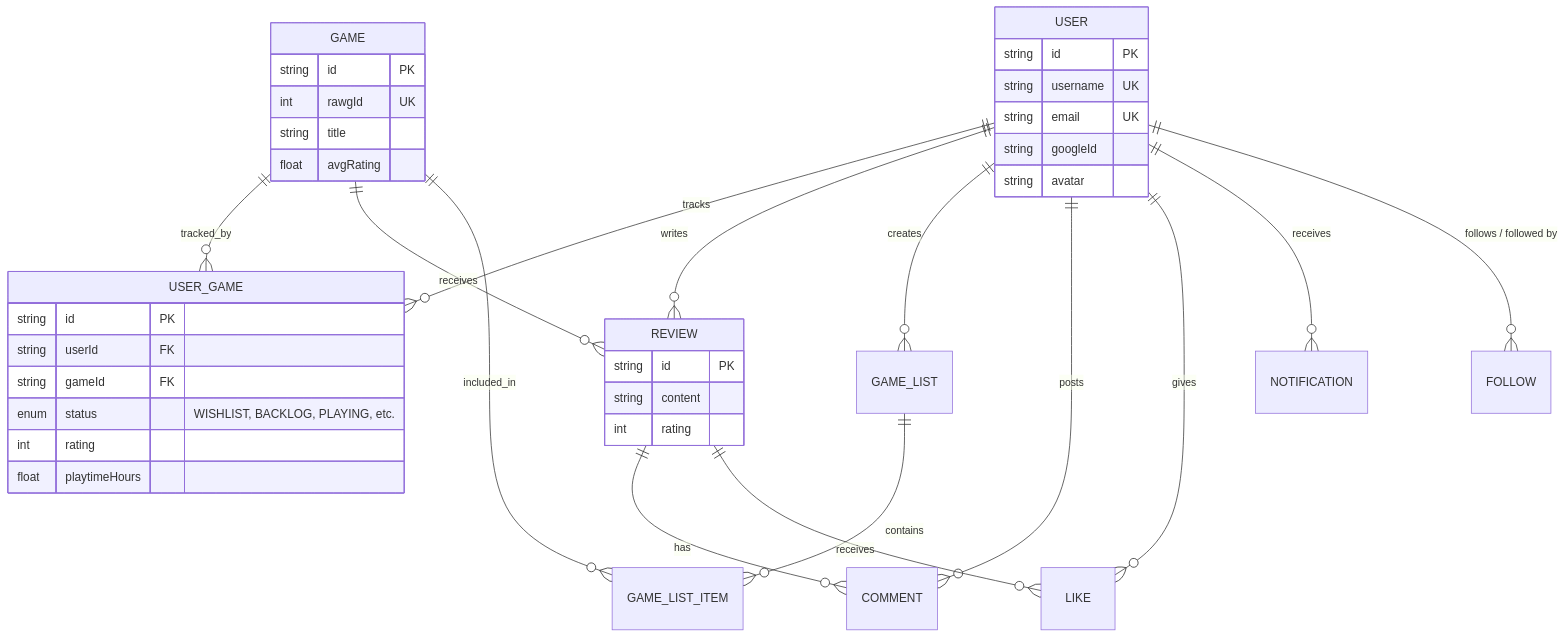
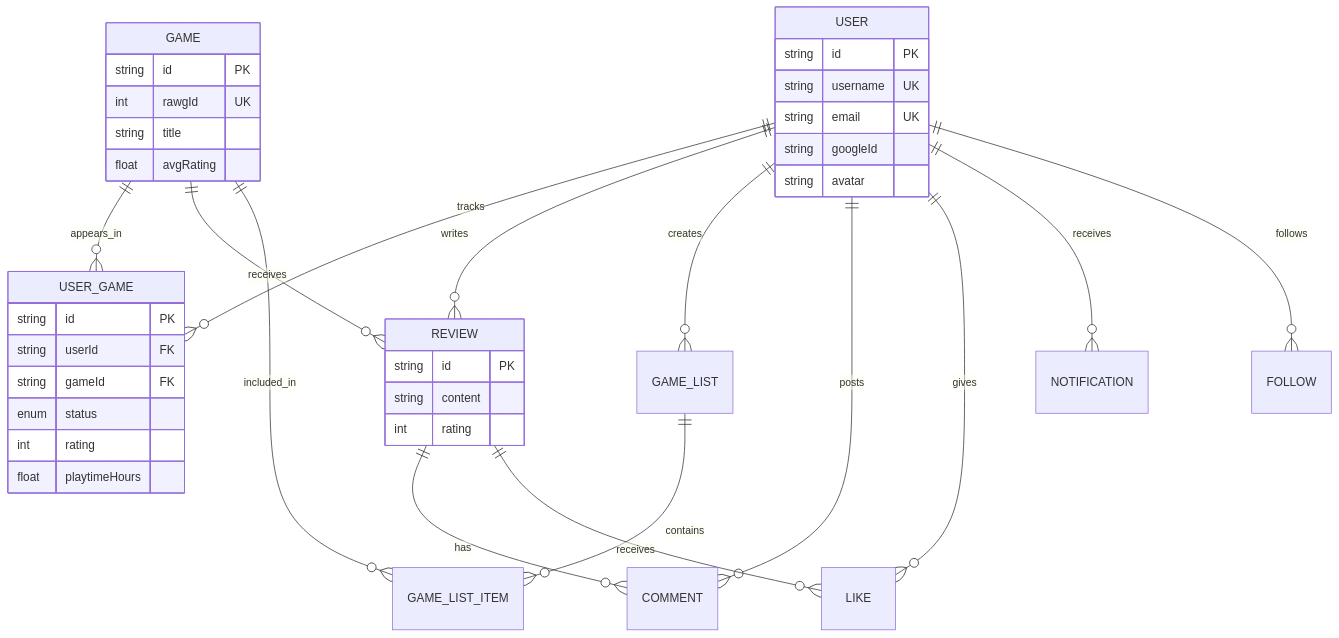
Before and after one commit to madhav-gfn/GameLog: the third of 5 diagrams in README.md, drawn with Mermaid. The commit also changed other lines of this file, not shown here.

````diff
--- a/README.md
+++ b/README.md
@@ -69,49 +89,48 @@
 ```mermaid
 erDiagram
     USER ||--o{ USER_GAME : tracks
     USER ||--o{ REVIEW : writes
     USER ||--o{ GAME_LIST : creates
     USER ||--o{ COMMENT : posts
     USER ||--o{ LIKE : gives
     USER ||--o{ NOTIFICATION : receives
-    USER ||--o{ FOLLOW : "follows / followed by"
+    USER ||--o{ FOLLOW : follows
 
-    GAME ||--o{ USER_GAME : tracked_by
+    GAME ||--o{ USER_GAME : appears_in
     GAME ||--o{ REVIEW : receives
     GAME ||--o{ GAME_LIST_ITEM : included_in
 
     REVIEW ||--o{ COMMENT : has
     REVIEW ||--o{ LIKE : receives
-
     GAME_LIST ||--o{ GAME_LIST_ITEM : contains
 
     USER {
         string id PK
         string username UK
         string email UK
         string googleId
         string avatar
     }
 
     GAME {
         string id PK
         int rawgId UK
         string title
         float avgRating
     }
 
     USER_GAME {
         string id PK
         string userId FK
         string gameId FK
-        enum status "WISHLIST, BACKLOG, PLAYING, etc."
+        enum status
         int rating
         float playtimeHours
     }
 
     REVIEW {
         string id PK
         string content
         int rating
     }
 ```
````
